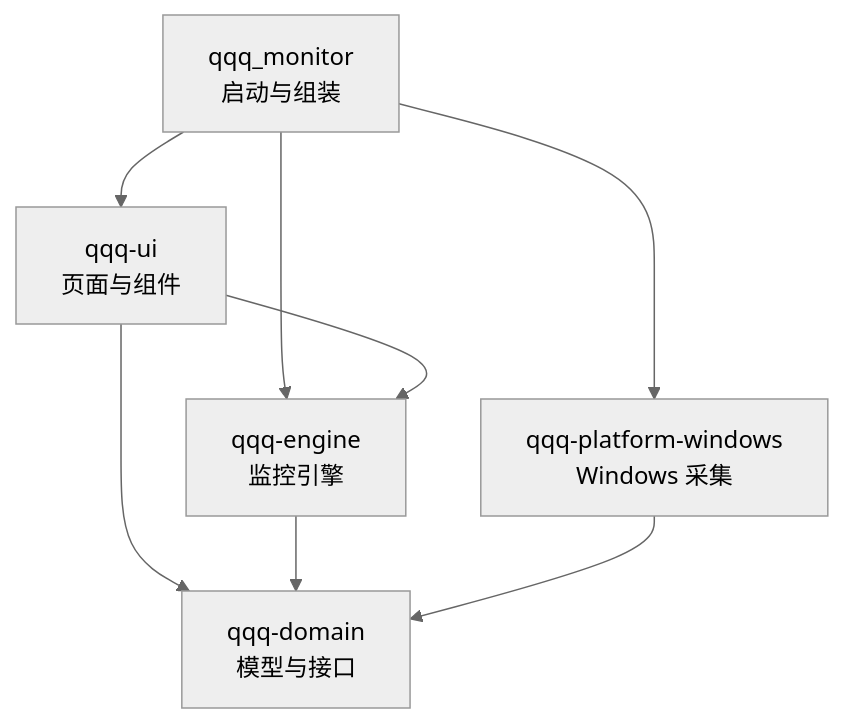
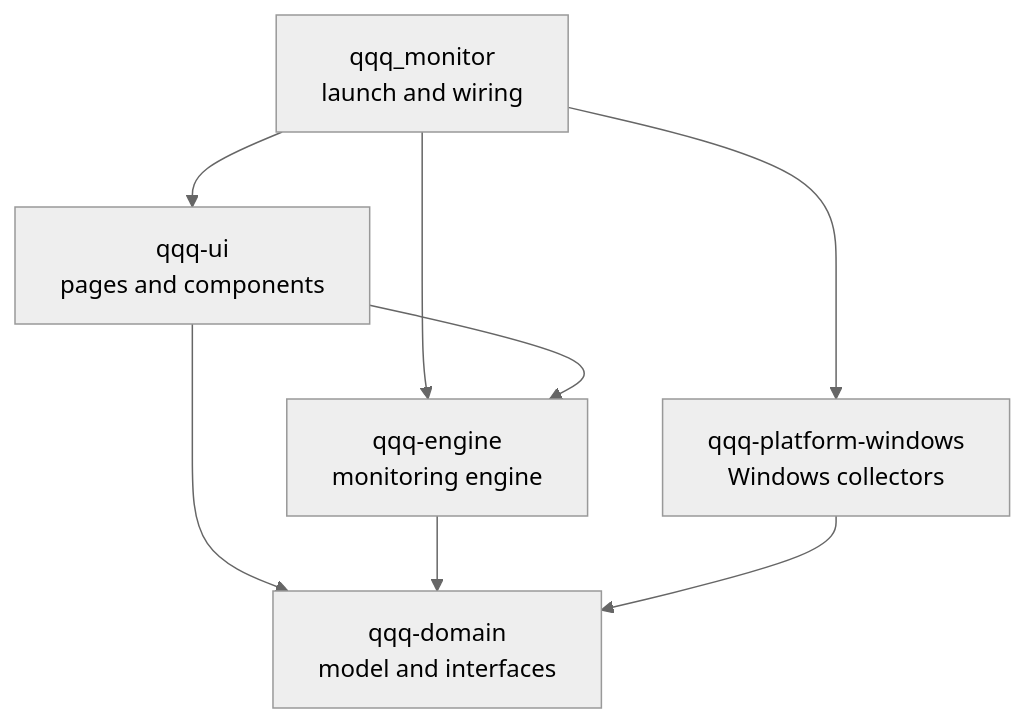
The first of 2 diagrams in README.md (lengyc-Code/qqq_monitor), drawn with Mermaid (neutral theme) before and after one commit. The commit also changed other lines of this file and 50 other files, not shown here.

````diff
--- a/README.md
+++ b/README.md
@@ -138,10 +150,10 @@
 ```mermaid
 flowchart TD
-    BOOT[qqq_monitor<br>启动与组装] --> UI[qqq-ui<br>页面与组件]
-    BOOT --> ENGINE[qqq-engine<br>监控引擎]
-    BOOT --> WIN[qqq-platform-windows<br>Windows 采集]
+    BOOT[qqq_monitor<br>launch and wiring] --> UI[qqq-ui<br>pages and components]
+    BOOT --> ENGINE[qqq-engine<br>monitoring engine]
+    BOOT --> WIN[qqq-platform-windows<br>Windows collectors]
     UI --> ENGINE
-    UI --> DOMAIN[qqq-domain<br>模型与接口]
+    UI --> DOMAIN[qqq-domain<br>model and interfaces]
     ENGINE --> DOMAIN
     WIN --> DOMAIN
 ```
````
